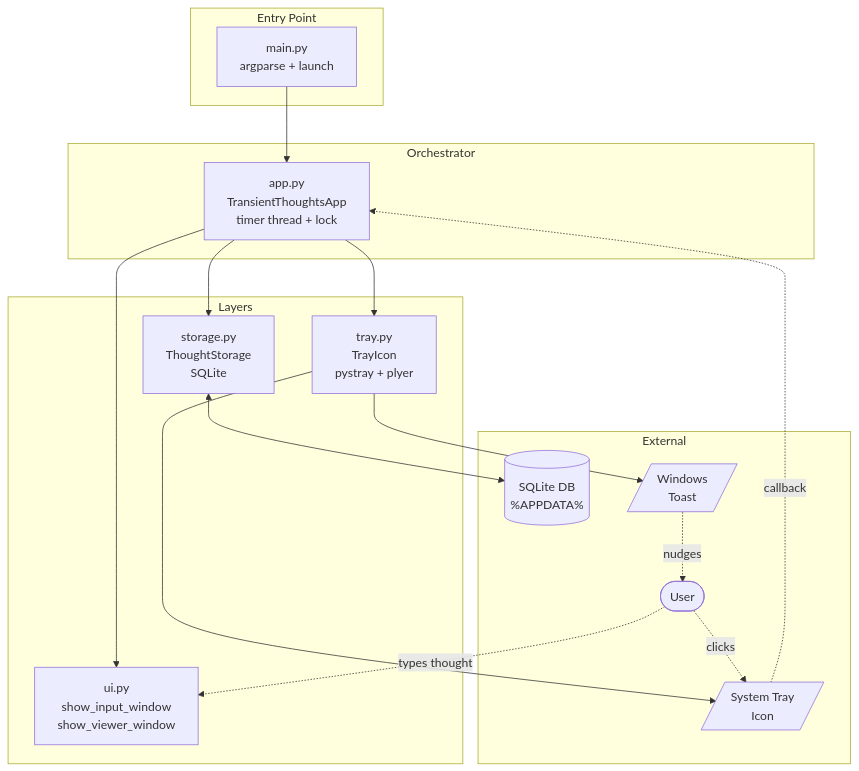
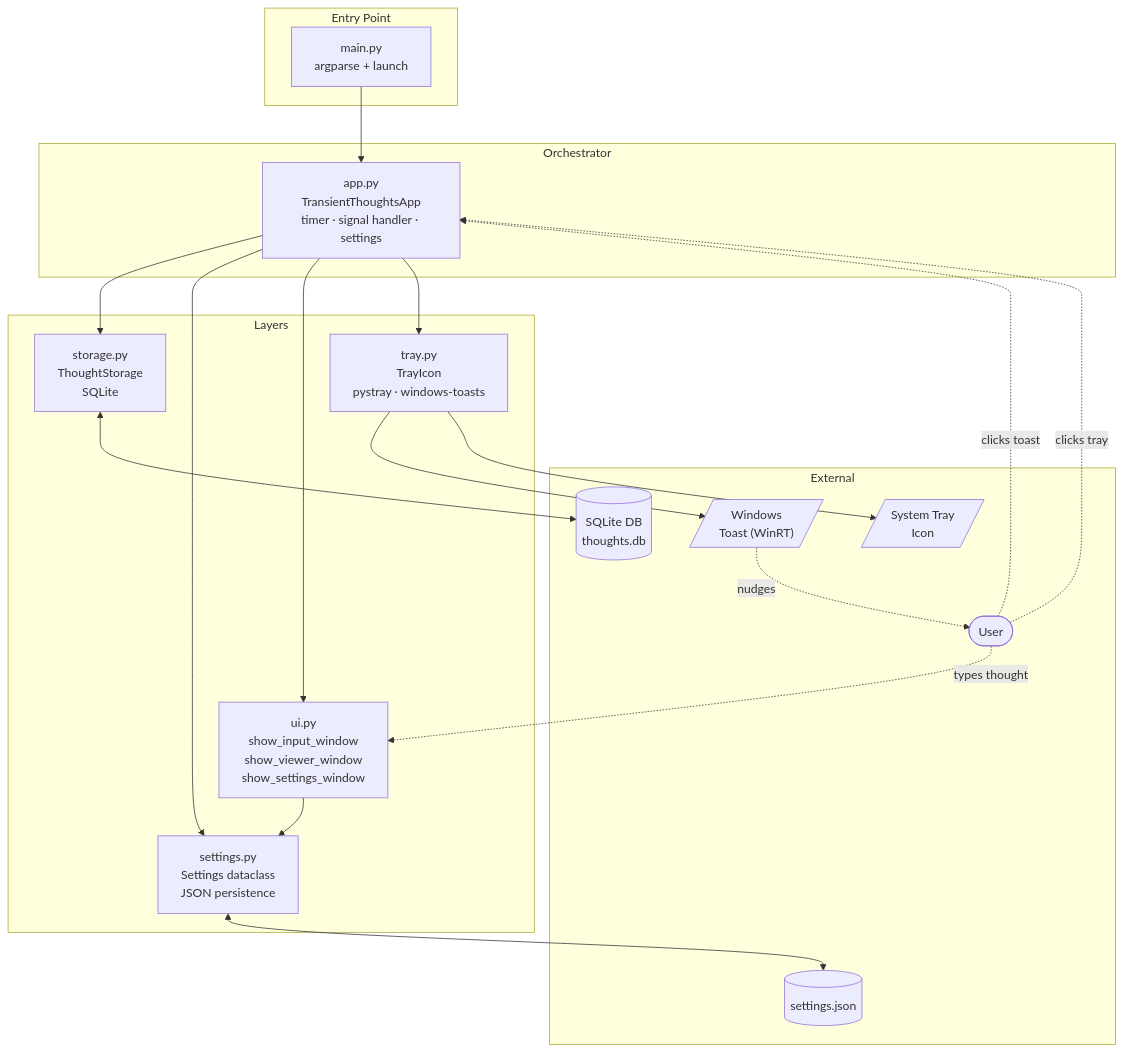
One commit to frnnk/transient-thoughts changed the diagram in README.md. Above: the diagram before and after it, drawn with Mermaid. The commit also changed other lines of this file, not shown here.

````diff
--- a/README.md
+++ b/README.md
@@ -20,35 +69,40 @@
 ```mermaid
 flowchart TB
     subgraph entry["Entry Point"]
         main["main.py<br/>argparse + launch"]
     end
 
     subgraph orchestrator["Orchestrator"]
-        app["app.py<br/>TransientThoughtsApp<br/>timer thread + lock"]
+        app["app.py<br/>TransientThoughtsApp<br/>timer · signal handler · settings"]
     end
 
     subgraph layers["Layers"]
         storage["storage.py<br/>ThoughtStorage<br/>SQLite"]
-        ui["ui.py<br/>show_input_window<br/>show_viewer_window"]
-        tray["tray.py<br/>TrayIcon<br/>pystray + plyer"]
+        settings["settings.py<br/>Settings dataclass<br/>JSON persistence"]
+        ui["ui.py<br/>show_input_window<br/>show_viewer_window<br/>show_settings_window"]
+        tray["tray.py<br/>TrayIcon<br/>pystray · windows-toasts"]
     end
 
     subgraph external["External"]
-        db[("SQLite DB<br/>%APPDATA%")]
-        toast[/"Windows<br/>Toast"/]
+        db[("SQLite DB<br/>thoughts.db")]
+        json[("settings.json")]
+        toast[/"Windows<br/>Toast (WinRT)"/]
         trayicon[/"System Tray<br/>Icon"/]
         user(["User"])
     end
 
     main --> app
     app --> storage
+    app --> settings
     app --> ui
     app --> tray
+    ui --> settings
     storage <--> db
+    settings <--> json
     tray --> toast
     tray --> trayicon
     toast -.nudges.-> user
-    user -.clicks.-> trayicon
-    trayicon -.callback.-> app
+    user -.clicks toast.-> app
+    user -.clicks tray.-> app
     user -.types thought.-> ui
 ```
````
